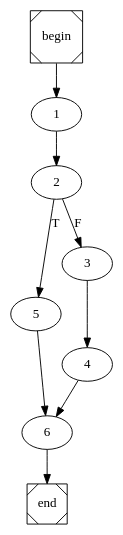
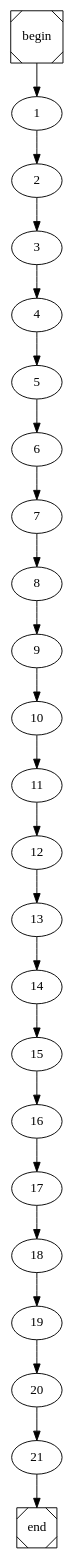
The diagram in main.dot (arubenruben/JMM-Compiler), drawn with Graphviz before and after one commit. The commit also changed 15 other files, not shown here.

```diff
--- a/main.dot
+++ b/main.dot
@@ -1,4 +1,4 @@
 digraph cfg {
 	begin [shape=Msquare];
 	end [shape=Msquare];
-	begin -> 1;	1 -> 2;	2 -> 5[label=T];	2 -> 3[label=F];	3 -> 4;	4 -> 6;	5 -> 6;	6 -> end;}
+	begin -> 1;	1 -> 2;	2 -> 3;	3 -> 4;	4 -> 5;	5 -> 6;	6 -> 7;	7 -> 8;	8 -> 9;	9 -> 10;	10 -> 11;	11 -> 12;	12 -> 13;	13 -> 14;	14 -> 15;	15 -> 16;	16 -> 17;	17 -> 18;	18 -> 19;	19 -> 20;	20 -> 21;	21 -> end;}
```
